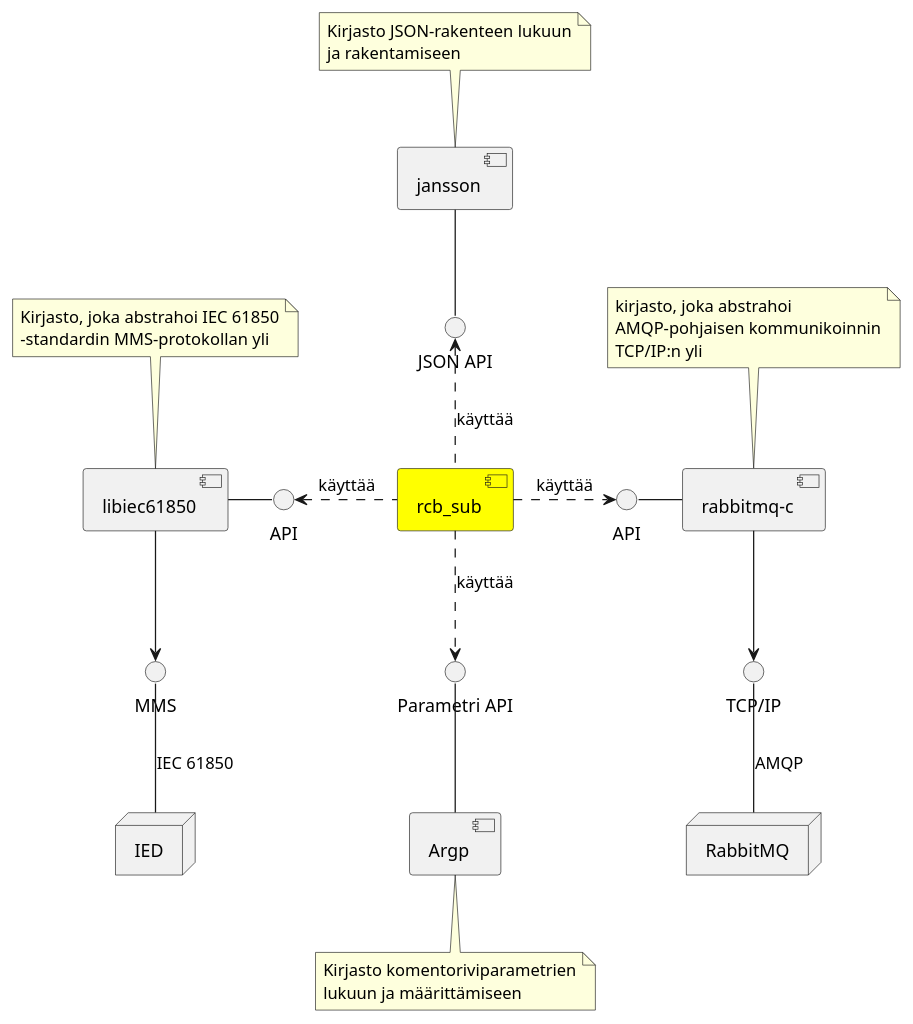
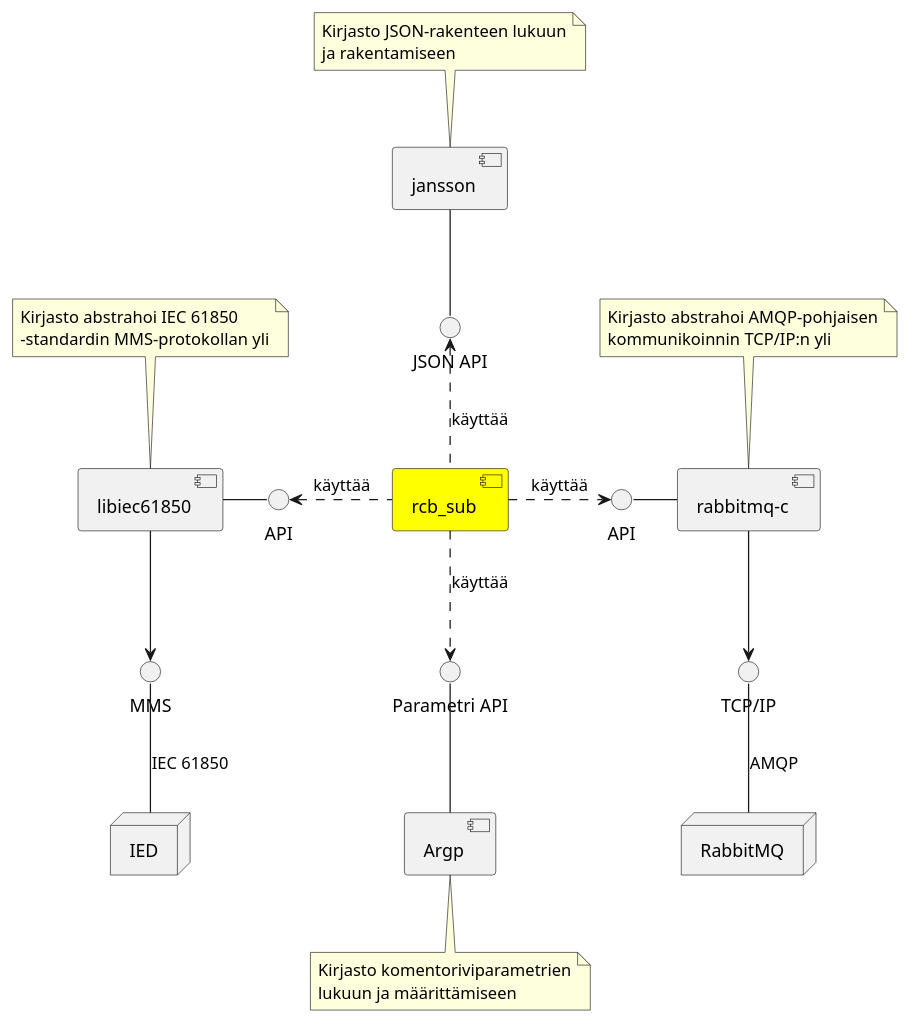
One commit to Kazhuu/tut_master_thesis changed the diagram in uml/rcb-sub-component-diagram.puml. Above: the diagram before and after it, drawn with PlantUML. The commit also changed 7 other files, not shown here.

```diff
--- a/uml/rcb-sub-component-diagram.puml
+++ b/uml/rcb-sub-component-diagram.puml
@@ -1,53 +1,52 @@
 @startuml
 skinparam componentStyle uml2
 
 node IED as ied
 node RabbitMQ as mq
 component rcb_sub as rcbsub #Yellow
 component jansson as jansson
 component libiec61850 as libiec
 component [rabbitmq-c] as mqc
 component Argp as argp
 
 () "MMS" as mmsif
 () "API" as libiecif
 () "API" as mqcif
 () "JSON API" as jsonif
 () "Parametri API" as argpif
 () "TCP/IP" as amqpif
 
 ied -u- mmsif : IEC 61850
 mq -u- amqpif : AMQP
 jansson -- jsonif
 libiec -r- libiecif
 mqc -l- mqcif
 argp -u- argpif
 
 libiec -d-> mmsif
 mqc -d-> amqpif
 rcbsub .u.> jsonif : käyttää
 rcbsub .l.> libiecif : käyttää
 rcbsub .d.> argpif : käyttää
 rcbsub .r.> mqcif : käyttää
 
 note top of jansson
 	Kirjasto JSON-rakenteen lukuun
 	ja rakentamiseen
 end note
 
 note bottom of argp
 	Kirjasto komentoriviparametrien
 	lukuun ja määrittämiseen
 end note
 
 note top of mqc
-	kirjasto, joka abstrahoi
-	AMQP-pohjaisen kommunikoinnin
-	TCP/IP:n yli
+	Kirjasto abstrahoi AMQP-pohjaisen
+	kommunikoinnin TCP/IP:n yli
 end note
 
 note top of libiec
-	Kirjasto, joka abstrahoi IEC 61850
+	Kirjasto abstrahoi IEC 61850
 	-standardin MMS-protokollan yli
 end note
 @enduml
```
